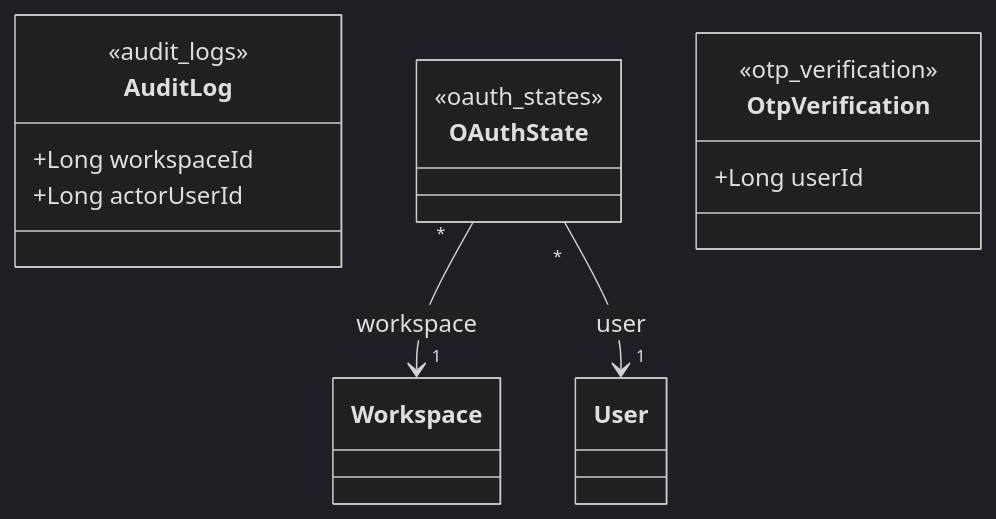
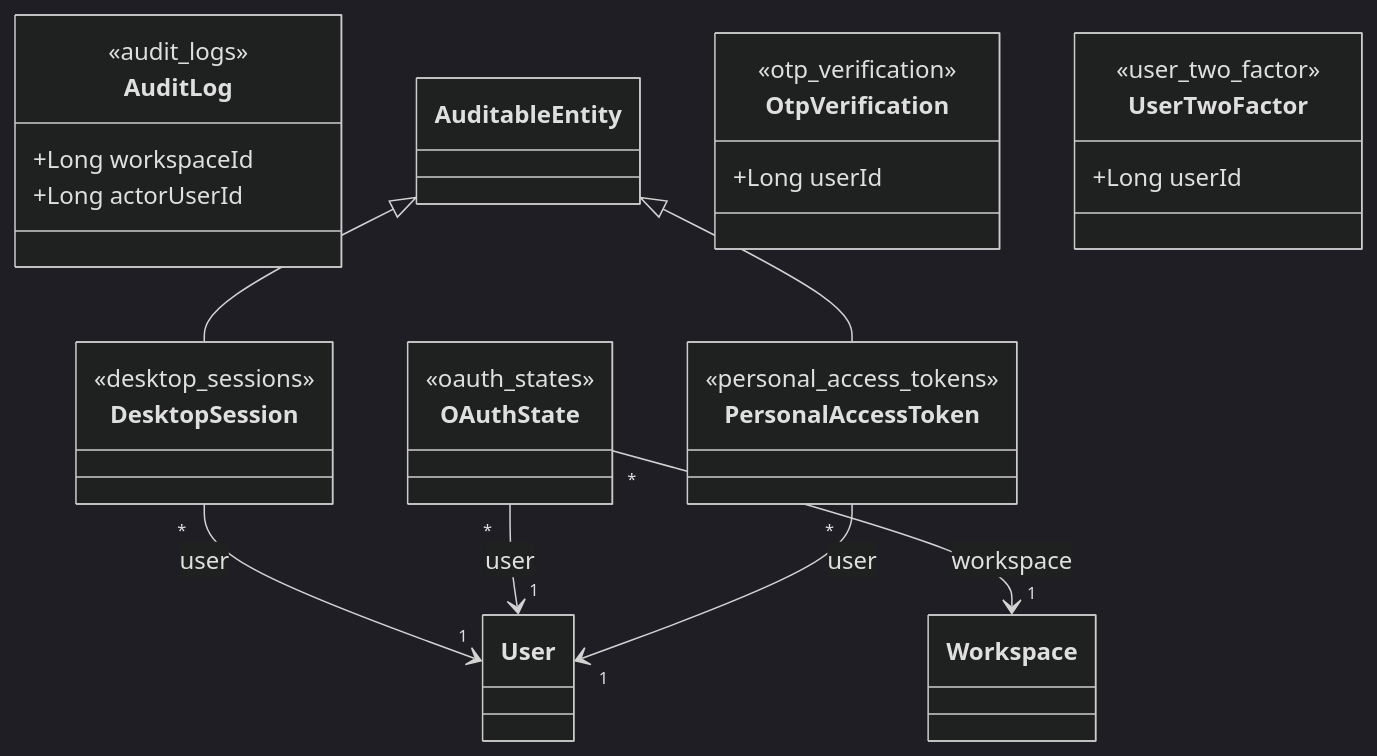
One commit to taskforce-project/taskforce-docs changed the fourth of 7 diagrams in v1/03-architecture/Diagramme_Classes_UML.md. Above: the diagram before and after it, drawn with Mermaid (dark theme). The commit also changed other lines of this file and 2 other files, not shown here.

First line of the commit message:
docs(architecture): regenerate the data model, dictionary and class diagram

````diff
--- a/v1/03-architecture/Diagramme_Classes_UML.md
+++ b/v1/03-architecture/Diagramme_Classes_UML.md
@@ -268,17 +270,31 @@
 ```mermaid
 classDiagram
   class AuditLog {
     <<audit_logs>>
     +Long workspaceId
     +Long actorUserId
   }
+  class DesktopSession {
+    <<desktop_sessions>>
+  }
+  AuditableEntity <|-- DesktopSession
   class OAuthState {
     <<oauth_states>>
   }
   class OtpVerification {
     <<otp_verification>>
     +Long userId
   }
+  class PersonalAccessToken {
+    <<personal_access_tokens>>
+  }
+  AuditableEntity <|-- PersonalAccessToken
+  class UserTwoFactor {
+    <<user_two_factor>>
+    +Long userId
+  }
+  DesktopSession "*" --> "1" User : user
   OAuthState "*" --> "1" Workspace : workspace
   OAuthState "*" --> "1" User : user
+  PersonalAccessToken "*" --> "1" User : user
 ```
````
